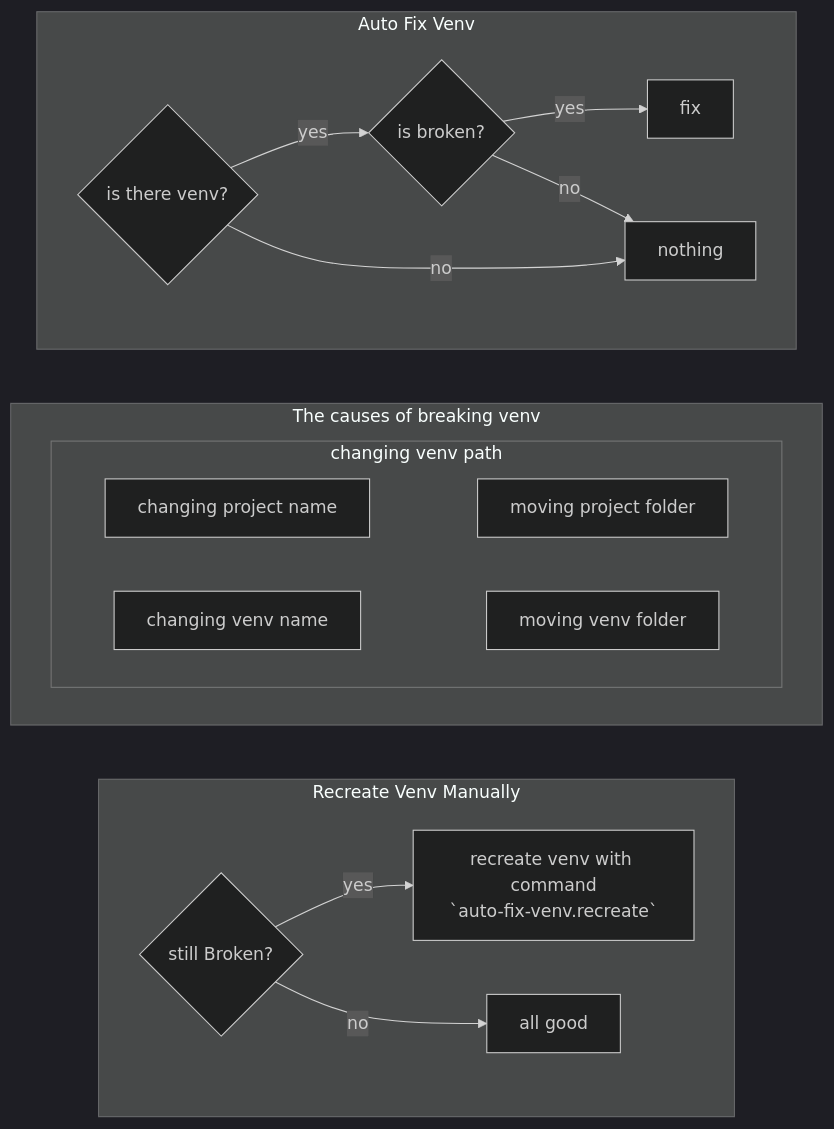
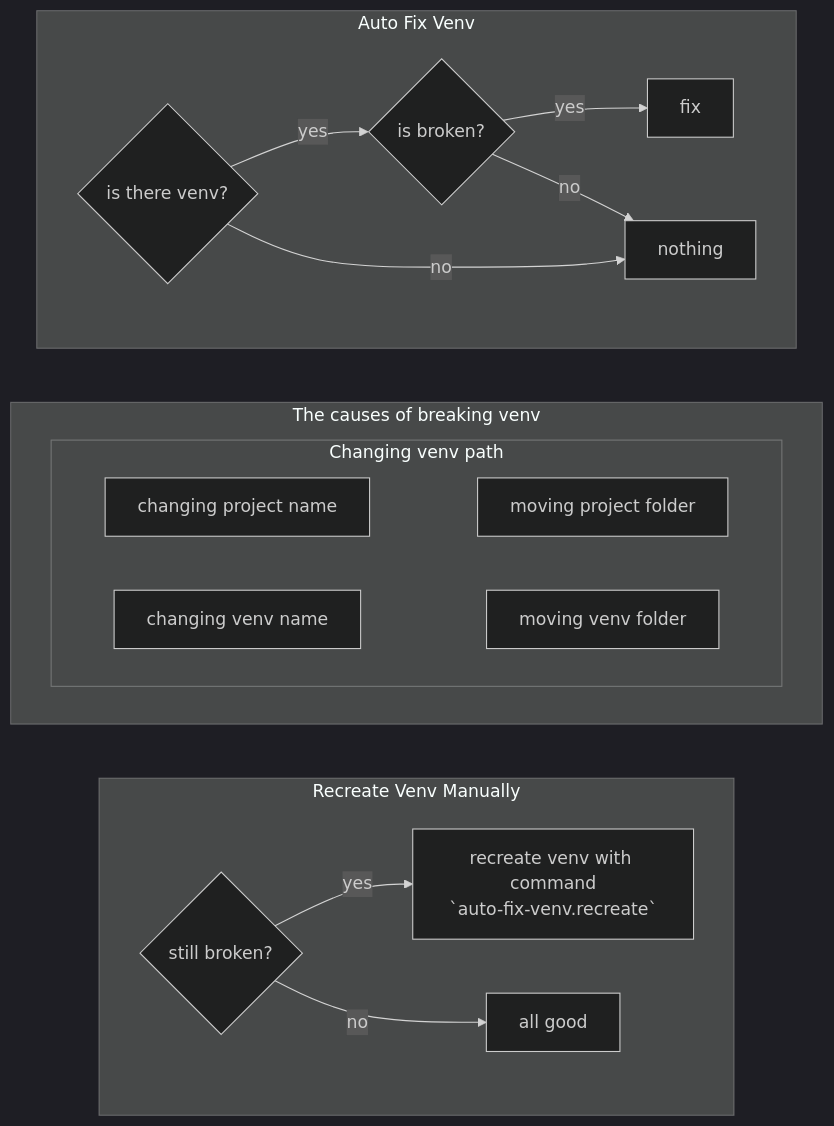
One commit to CatBraaain/vscode-auto-fix-venv changed the diagram in docs/flowchart.md. Above: the diagram before and after it, drawn with Mermaid. The commit also changed 3 other files, not shown here.

````diff
--- a/docs/flowchart.md
+++ b/docs/flowchart.md
@@ -1,35 +1,34 @@
 ```mermaid
     %%{init: {'theme':'dark'}}%%
     flowchart TB;
         subgraph AutoFixVenv[Auto Fix Venv]
             direction LR
             venvExists{is there venv?}
             venvExists -- yes --> isBroken
                 isBroken{is broken?}
                 isBroken -- yes --> fix
                 isBroken -- no --> nothing
             venvExists -- no --> nothing
         end
 
         subgraph Causes[The causes of breaking venv]
-            subgraph ChangeVenvPath[changing venv path]
+            subgraph ChangeVenvPath[Changing venv path]
                 direction LR
                 1[changing project name]
                 2[moving project folder]
                 3[changing venv name]
                 4[moving venv folder]
                 1 ~~~ 2
                 3 ~~~ 4
-
             end
         end
 
         subgraph RecreateVenv[Recreate Venv Manually]
             direction LR
-            stillBroken{still Broken?}
+            stillBroken{still broken?}
             stillBroken -- yes --> recreate[recreate venv with command\n`auto-fix-venv.recreate`]
             stillBroken -- no --> allGood[all good]
         end
 
         AutoFixVenv ~~~ Causes ~~~ RecreateVenv
 ```
````
